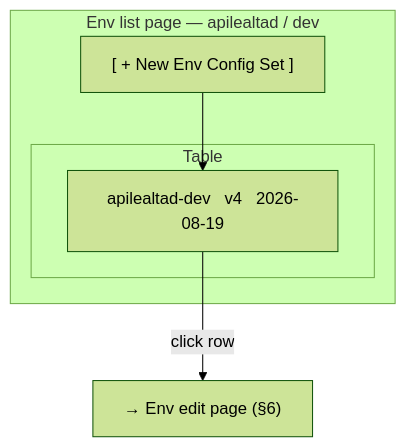
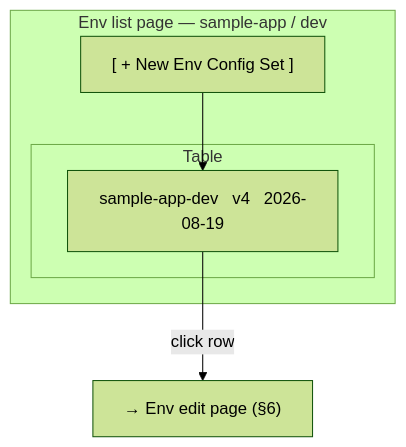
The fifth of 8 diagrams in docs/design/wireframe-global-env.md (Retro-kharkov1/job-config-chain), drawn with Mermaid (forest theme) before and after one commit. The commit also changed other lines of this file and 14 other files, not shown here.

````diff
--- a/docs/design/wireframe-global-env.md
+++ b/docs/design/wireframe-global-env.md
@@ -137,11 +137,11 @@
 ```mermaid
 flowchart TD
-    subgraph EnvListPage["Env list page — apilealtad / dev"]
+    subgraph EnvListPage["Env list page — sample-app / dev"]
         NewBtn2["[ + New Env Config Set ]"]
         subgraph Table2["Table"]
-            ERow1["apilealtad-dev   v4   2026-08-19"]
+            ERow1["sample-app-dev   v4   2026-08-19"]
         end
     end
     NewBtn2 --> ERow1
     ERow1 -->|"click row"| EnvEditPage["→ Env edit page (§6)"]
 ```
````
